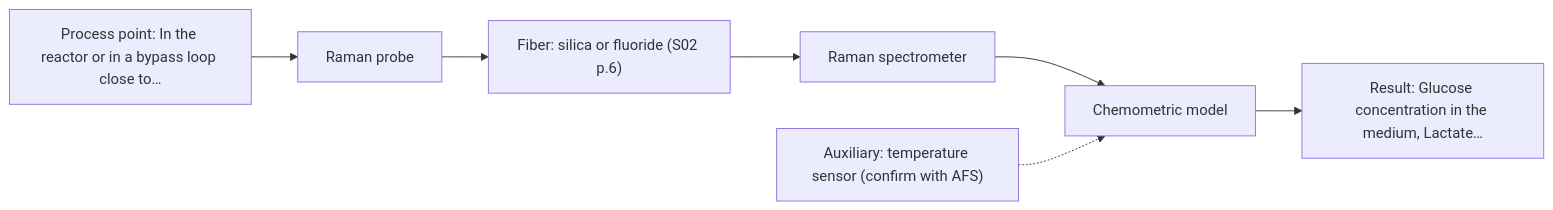
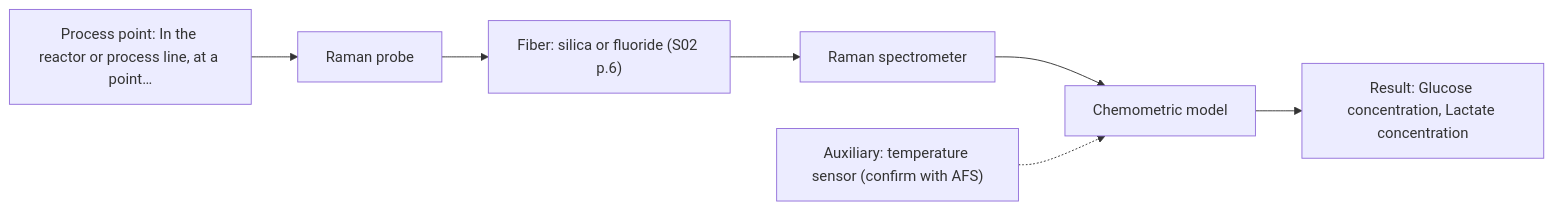
One commit to sleipnir029/Afs-Spectroscopy-Assistant changed the first of 2 diagrams in outputs/dev/D04.md. Above: the diagram before and after it, drawn with Mermaid. The commit also changed other lines of this file and 15 other files, not shown here.

Commit message:
Phase 4 dev outputs (--external=live, code f6538ee): 8/8 pass, 0 hard failures, 227/227 citations, replay 8/8 equal, 15/15 charts, 8/8 cost

````diff
--- a/outputs/dev/D04.md
+++ b/outputs/dev/D04.md
@@ -35,16 +38,16 @@
 ```mermaid
 flowchart LR
-    proc["Process point: In the reactor or in a bypass loop close to…"]
+    proc["Process point: In the reactor or process line, at a point…"]
     probe1["Raman probe"]
     fiber1["Fiber: silica or fluoride (S02 p.6)"]
     spec1["Raman spectrometer"]
     model["Chemometric model"]
-    result["Result: Glucose concentration in the medium, Lactate…"]
+    result["Result: Glucose concentration, Lactate concentration"]
     aux1["Auxiliary: temperature sensor (confirm with AFS)"]
     proc --> probe1
     probe1 --> fiber1
     fiber1 --> spec1
     spec1 --> model
     model --> result
     aux1 -.-> model
 ```
````
